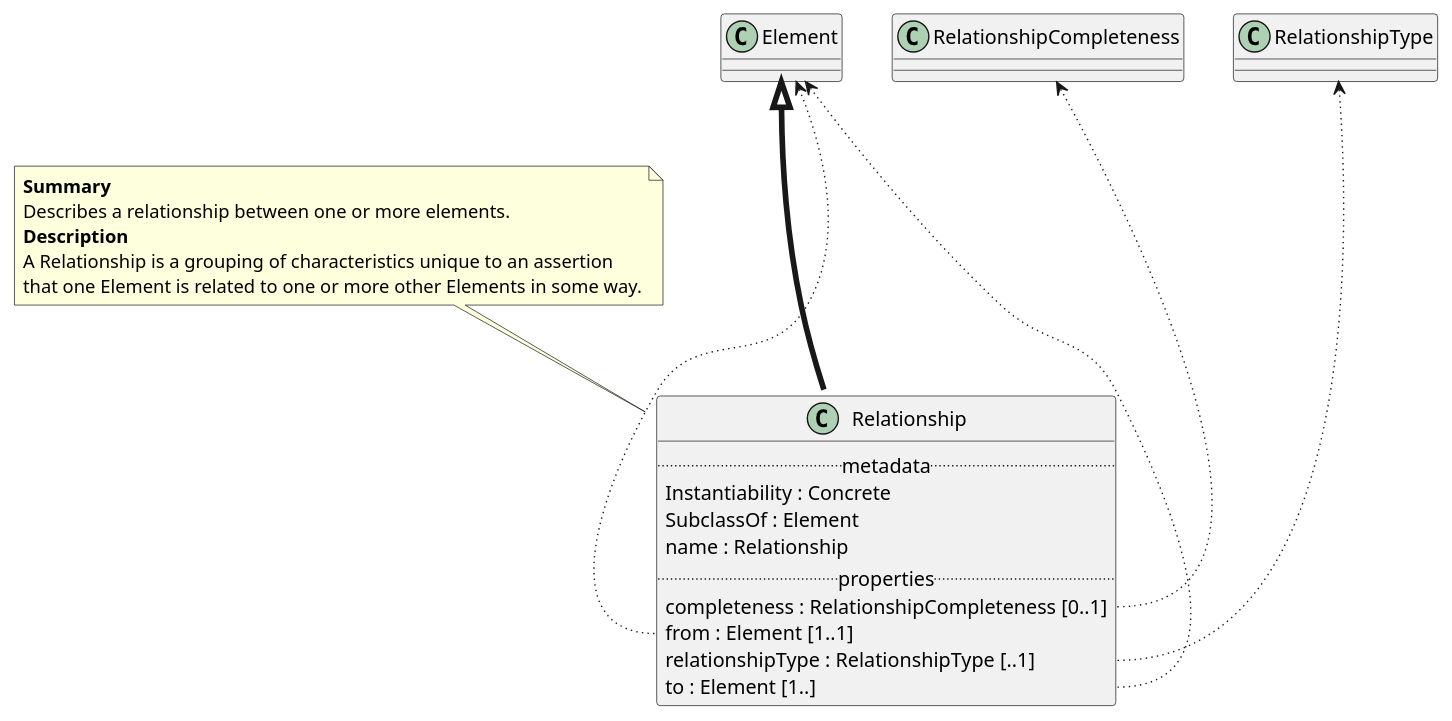
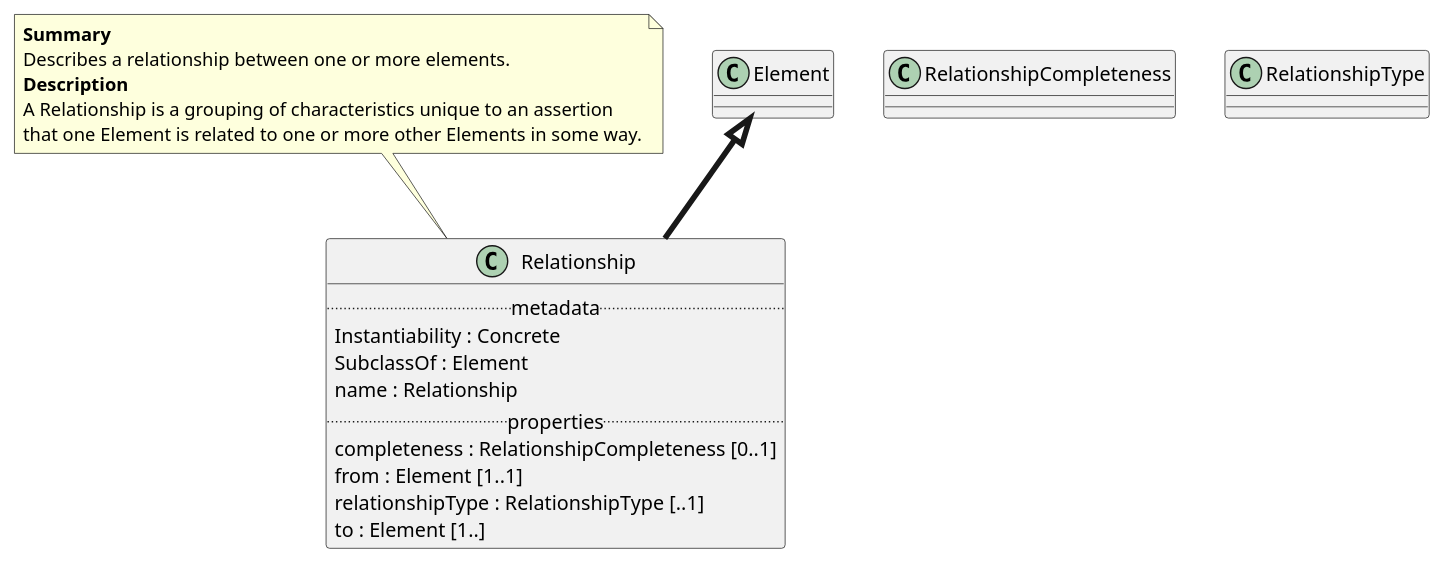
The diagram in puml/Relationship.Class.puml (maxhbr/spec-parser.hs), drawn with PlantUML before and after one commit. The commit also changed 69 other files, not shown here.

```diff
--- a/puml/Relationship.Class.puml
+++ b/puml/Relationship.Class.puml
@@ -1,25 +1,26 @@
 @startuml
+set separator ::
 class Relationship {
 .. metadata ..
     Instantiability : Concrete
     SubclassOf : Element
     name : Relationship
 .. properties ..
     completeness : RelationshipCompleteness [0..1]
     from : Element [1..1]
     relationshipType : RelationshipType [..1]
     to : Element [1..]
 }
 note top of Relationship
 <b>Summary</b>
 Describes a relationship between one or more elements.
 <b>Description</b>
 A Relationship is a grouping of characteristics unique to an assertion
 that one Element is related to one or more other Elements in some way.
 end note
 "Element" <|-[thickness=4]- "Relationship"
 "RelationshipCompleteness" <-[dotted]-- "Relationship::completeness"
 "Element" <-[dotted]-- "Relationship::from"
 "RelationshipType" <-[dotted]-- "Relationship::relationshipType"
 "Element" <-[dotted]-- "Relationship::to"
 @enduml
```
